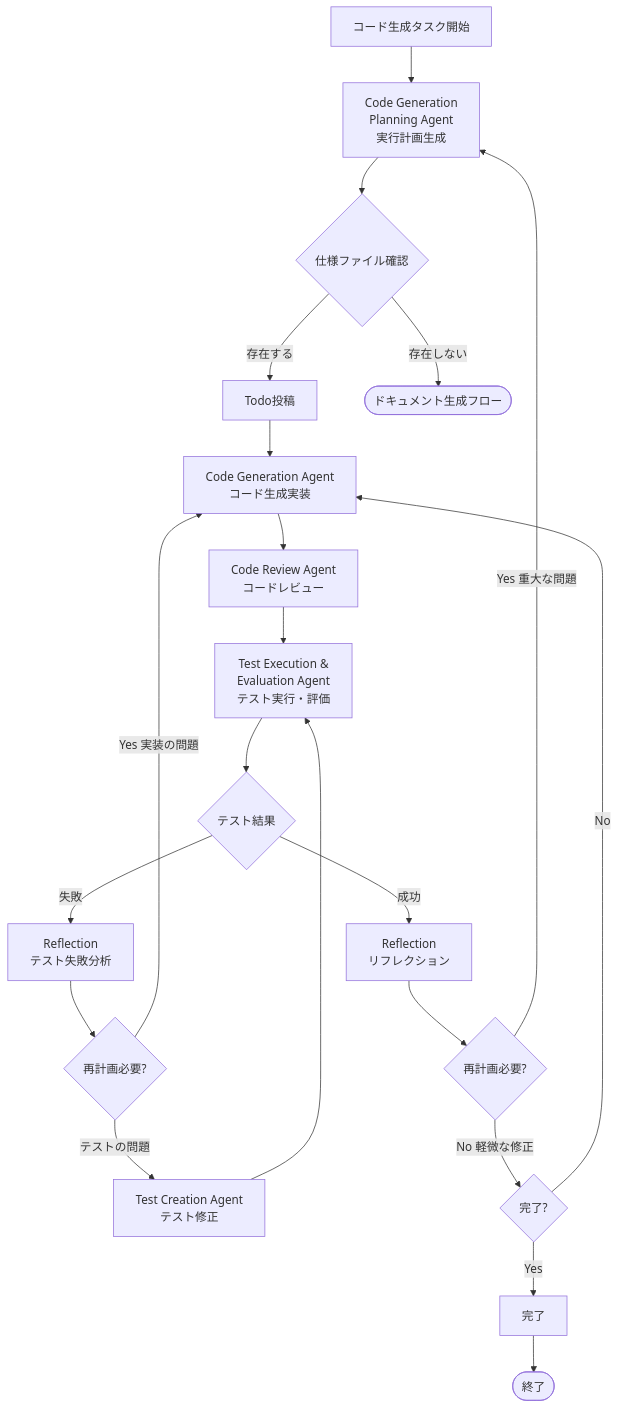
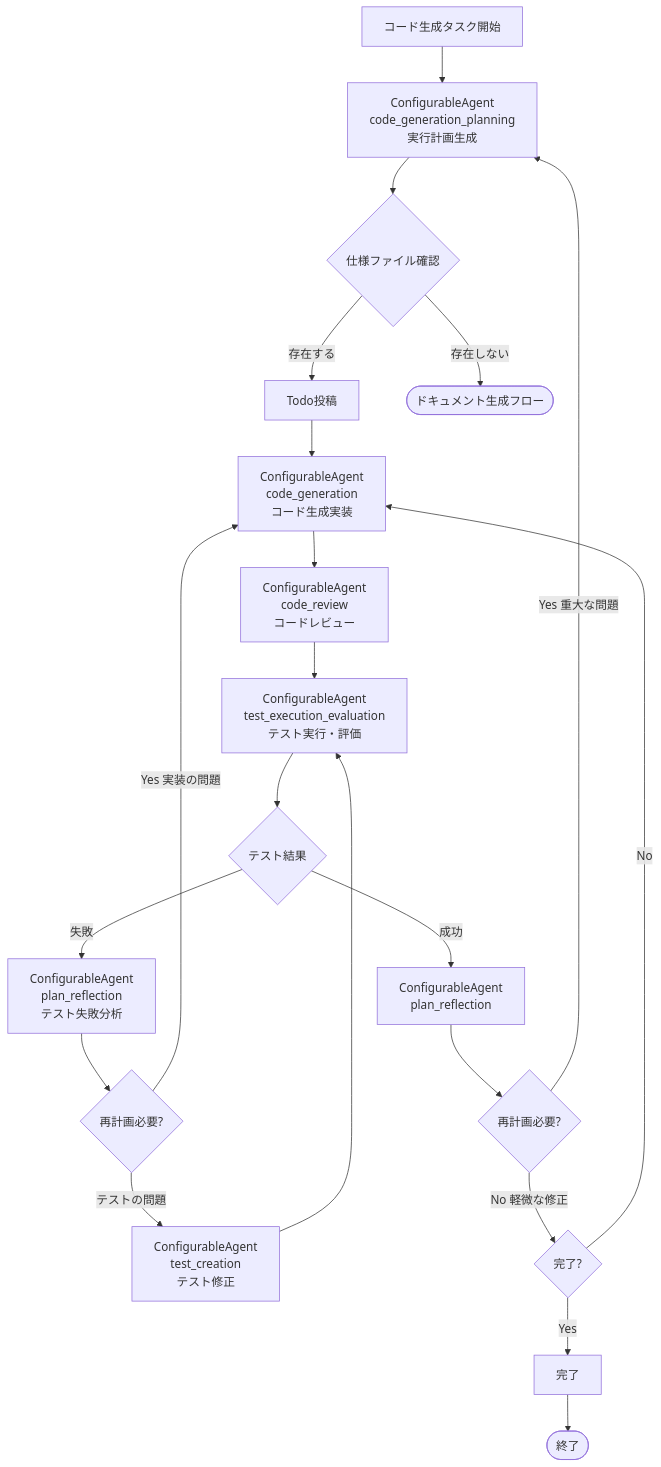
One commit to notfolder/CodeAgentOrchestrator changed the eighth of 15 diagrams in docs/CODE_AGENT_ORCHESTRATOR_SPEC.md. Above: the diagram before and after it, drawn with Mermaid. The commit also changed other lines of this file, not shown here.

Commit message:
CODE_AGENT_ORCHESTRATOR_SPEC.md: 設定ベースのエージェント設計に更新

````diff
--- a/docs/CODE_AGENT_ORCHESTRATOR_SPEC.md
+++ b/docs/CODE_AGENT_ORCHESTRATOR_SPEC.md
@@ -1659,30 +1713,30 @@
 ```mermaid
 flowchart TD
-    Start[コード生成タスク開始] --> Planning[Code Generation<br/>Planning Agent<br/>実行計画生成]
+    Start[コード生成タスク開始] --> Planning[ConfigurableAgent<br/>code_generation_planning<br/>実行計画生成]
     Planning --> SpecCheck{仕様ファイル確認}
     
     SpecCheck -->|存在する| Todo[Todo投稿]
     SpecCheck -->|存在しない| End1([ドキュメント生成フロー])
         
-    Todo --> CodeGen[Code Generation Agent<br/>コード生成実装]
-    CodeGen --> CodeReview[Code Review Agent<br/>コードレビュー]
+    Todo --> CodeGen[ConfigurableAgent<br/>code_generation<br/>コード生成実装]
+    CodeGen --> CodeReview[ConfigurableAgent<br/>code_review<br/>コードレビュー]
     
-    CodeReview --> TestExec[Test Execution &<br/>Evaluation Agent<br/>テスト実行・評価]
+    CodeReview --> TestExec[ConfigurableAgent<br/>test_execution_evaluation<br/>テスト実行・評価]
     
     TestExec --> TestResult{テスト結果}
-    TestResult -->|成功| Reflection[Reflection<br/>リフレクション]
-    TestResult -->|失敗| TestReflection[Reflection<br/>テスト失敗分析]
+    TestResult -->|成功| Reflection[ConfigurableAgent<br/>plan_reflection]
+    TestResult -->|失敗| TestReflection[ConfigurableAgent<br/>plan_reflection<br/>テスト失敗分析]
     
     TestReflection --> TestReplan{再計画必要?}
     TestReplan -->|Yes 実装の問題| CodeGen
-    TestReplan -->|テストの問題| TestCreate[Test Creation Agent<br/>テスト修正]
+    TestReplan -->|テストの問題| TestCreate[ConfigurableAgent<br/>test_creation<br/>テスト修正]
     TestCreate --> TestExec
     
     Reflection --> ReplanCheck{再計画必要?}
     ReplanCheck -->|Yes 重大な問題| Planning
     ReplanCheck -->|No 軽微な修正| Complete{完了?}
     
     Complete -->|No| CodeGen
     Complete -->|Yes| Finish[完了]
     Finish --> End2([終了])
 ```
````
